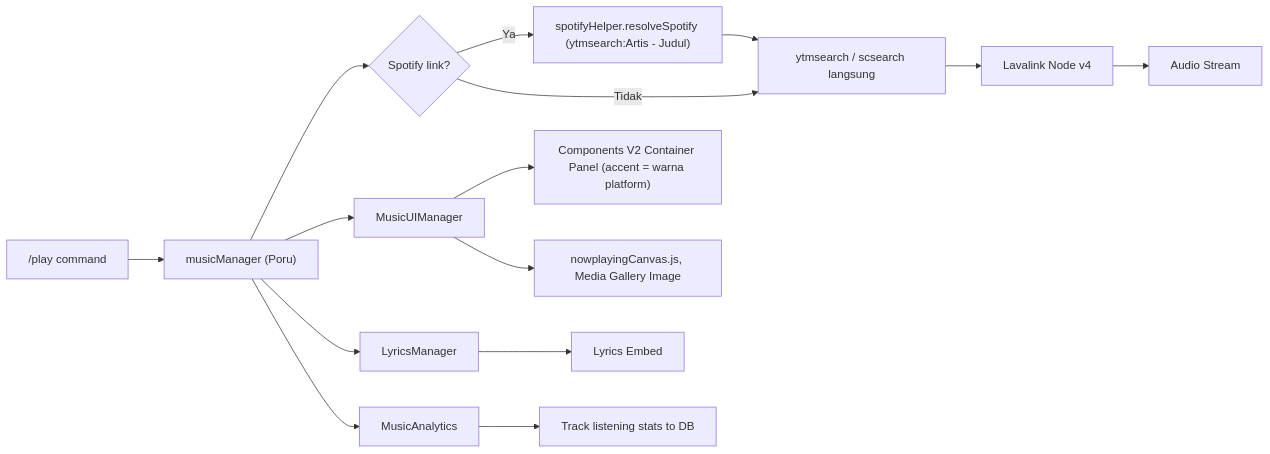
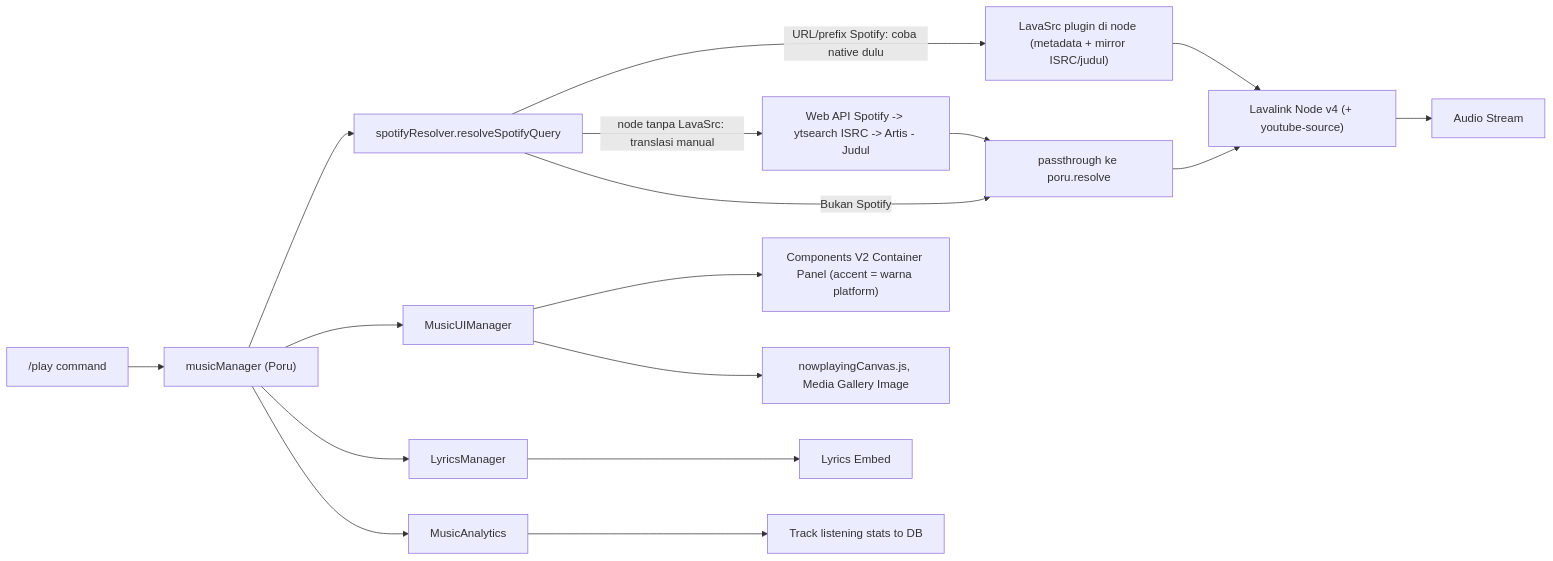
Before and after one commit to Aryandita/Naura-Hoshino-V2: the third of 4 diagrams in AGENTS.md, drawn with Mermaid. The commit also changed other lines of this file and 83 other files, not shown here.

Commit message:
✨ feat: dashboard-v2 mandiri dari dashboard lama + perbaikan init Chart.js deferred

````diff
--- a/AGENTS.md
+++ b/AGENTS.md
@@ -511,17 +549,19 @@
 ```mermaid
 graph LR
     A["/play command"] --> B["musicManager (Poru)"]
-    B --> S{"Spotify link?"}
-    S -->|Ya| SP["spotifyHelper.resolveSpotify (ytmsearch:Artis - Judul)"]
-    S -->|Tidak| C["ytmsearch / scsearch langsung"]
-    SP --> C
-    C --> D["Lavalink Node v4"]
+    B --> R["spotifyResolver.resolveSpotifyQuery"]
+    R -->|URL/prefix Spotify: coba native dulu| LAVA["LavaSrc plugin di node (metadata + mirror ISRC/judul)"]
+    R -->|node tanpa LavaSrc: translasi manual| FB["Web API Spotify -> ytsearch ISRC -> Artis - Judul"]
+    R -->|Bukan Spotify| C["passthrough ke poru.resolve"]
+    FB --> C
+    LAVA --> D["Lavalink Node v4 (+ youtube-source)"]
+    C --> D
     D --> E["Audio Stream"]
     B --> F["MusicUIManager"]
     F --> G["Components V2 Container Panel (accent = warna platform)"]
     F --> H["nowplayingCanvas.js, Media Gallery Image"]
     B --> J["LyricsManager"]
     J --> K["Lyrics Embed"]
     B --> L["MusicAnalytics"]
     L --> M["Track listening stats to DB"]
 ```
````
